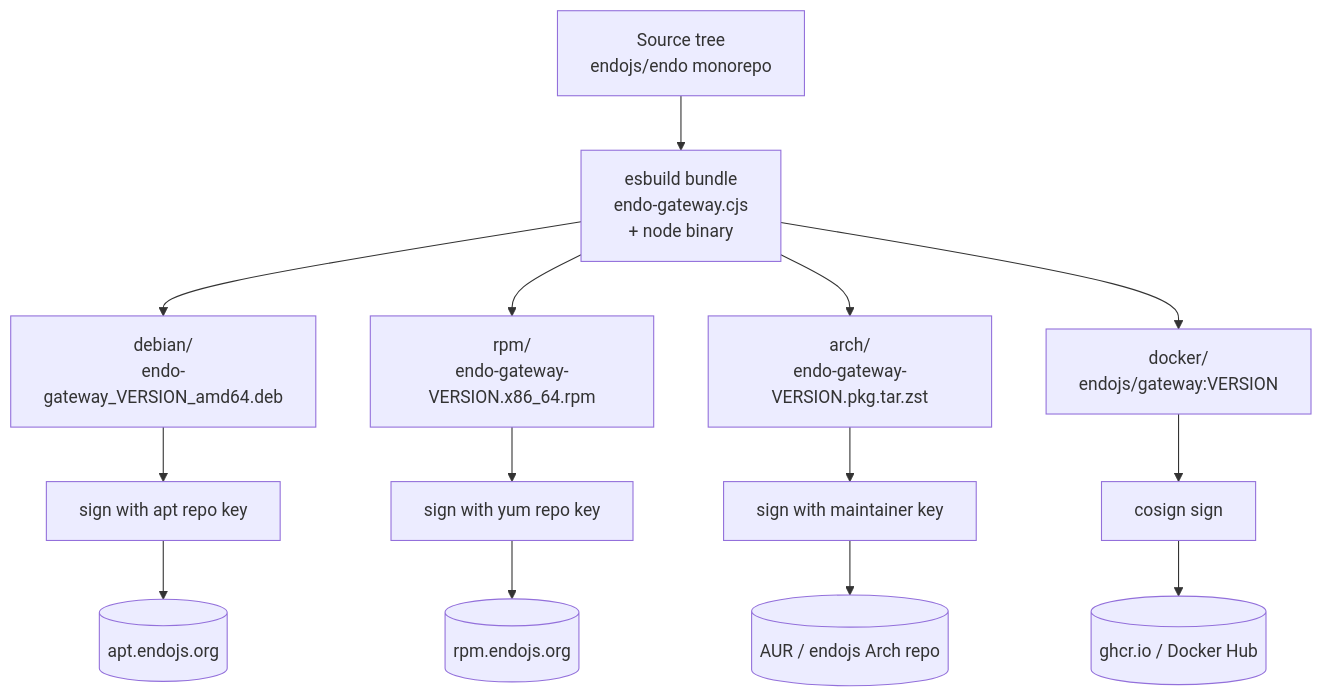
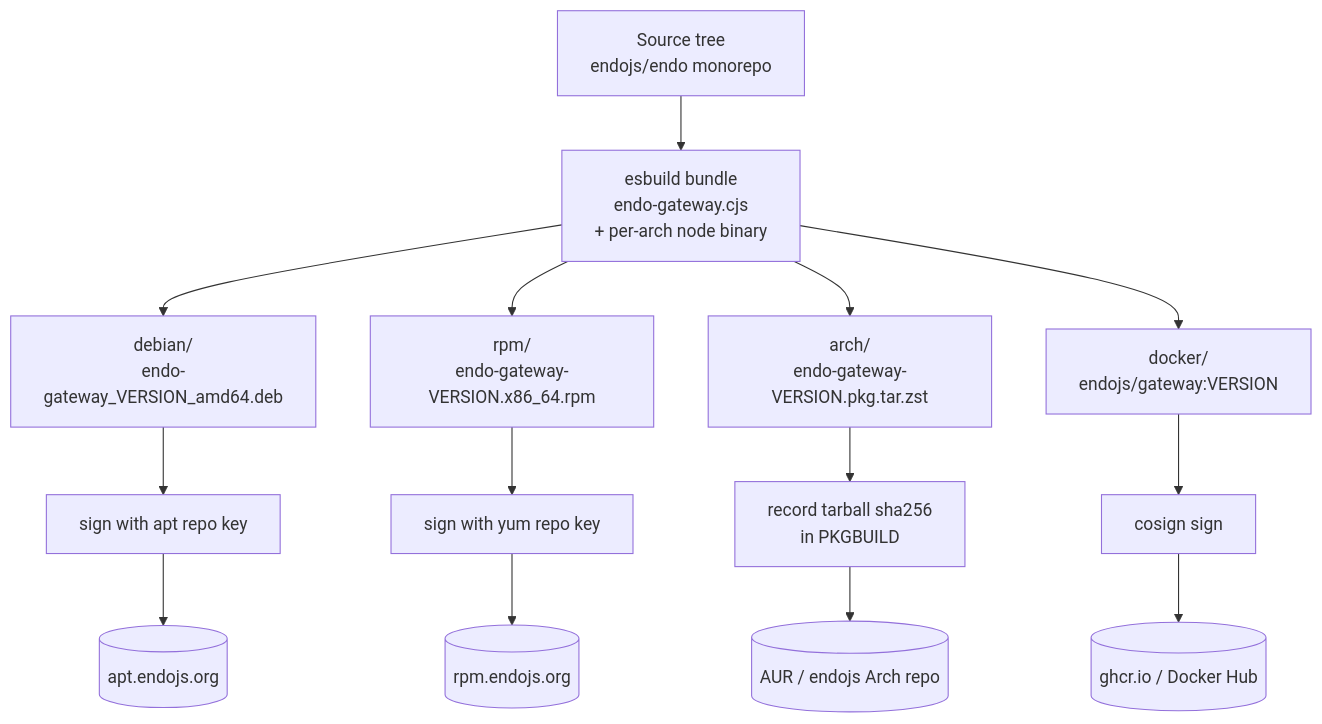
Before and after one commit to endojs/endo-but-for-bots: the diagram in designs/gateway-packaging-ci.md, drawn with Mermaid. The commit also changed other lines of this file and 3 other files, not shown here.

````diff
--- a/designs/gateway-packaging-ci.md
+++ b/designs/gateway-packaging-ci.md
@@ -87,19 +95,19 @@
 ```mermaid
 flowchart TD
-    src[Source tree<br/>endojs/endo monorepo] --> bundle[esbuild bundle<br/>endo-gateway.cjs<br/>+ node binary]
+    src[Source tree<br/>endojs/endo monorepo] --> bundle[esbuild bundle<br/>endo-gateway.cjs<br/>+ per-arch node binary]
 
     bundle --> deb[debian/<br/>endo-gateway_VERSION_amd64.deb]
     bundle --> rpm[rpm/<br/>endo-gateway-VERSION.x86_64.rpm]
     bundle --> arch[arch/<br/>endo-gateway-VERSION.pkg.tar.zst]
     bundle --> docker[docker/<br/>endojs/gateway:VERSION]
 
     deb --> sign1[sign with apt repo key]
     rpm --> sign2[sign with yum repo key]
-    arch --> sign3[sign with maintainer key]
+    arch --> sign3[record tarball sha256<br/>in PKGBUILD]
     docker --> sign4[cosign sign]
 
     sign1 --> aptrepo[(apt.endojs.org)]
     sign2 --> yumrepo[(rpm.endojs.org)]
     sign3 --> aurrepo[(AUR / endojs Arch repo)]
     sign4 --> registry[(ghcr.io / Docker Hub)]
 ```
````
